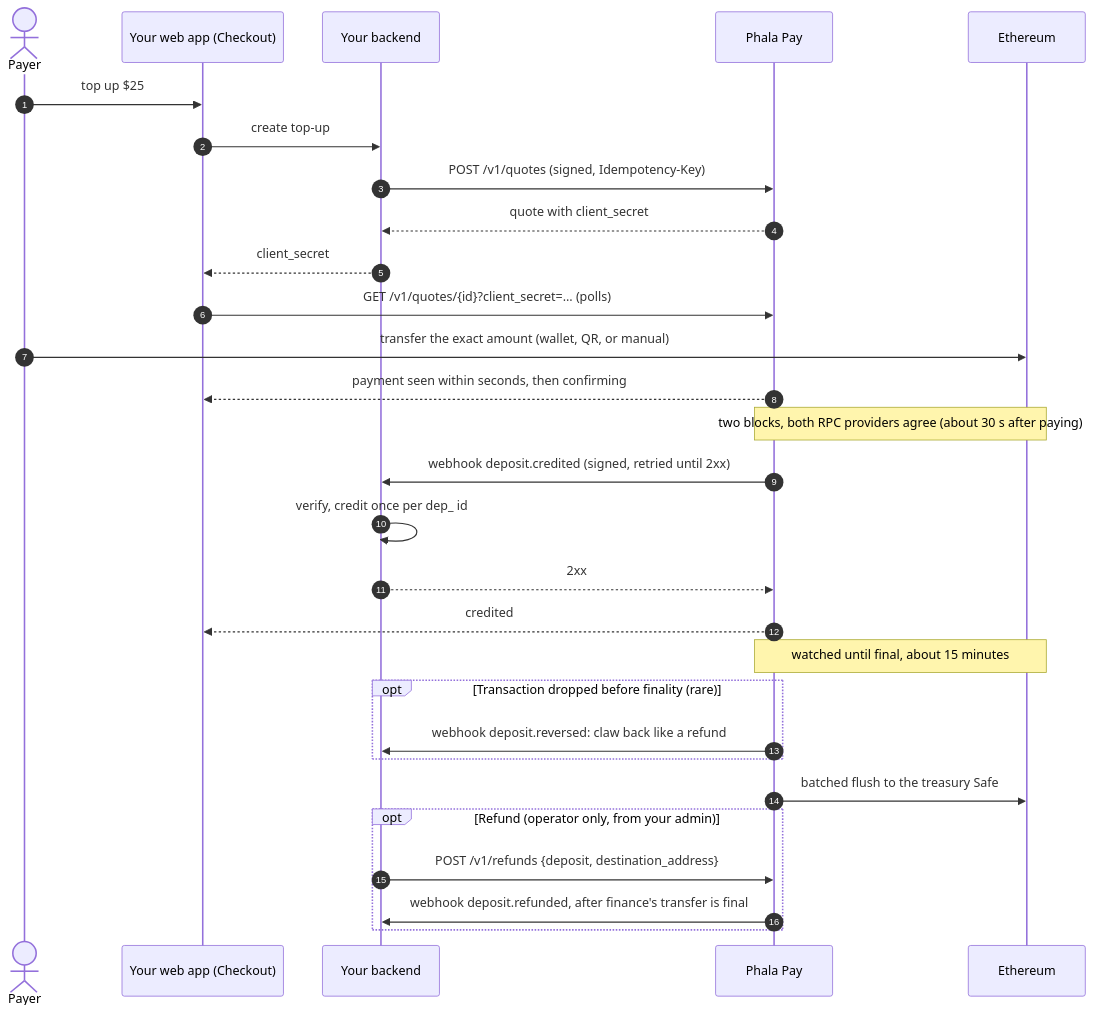
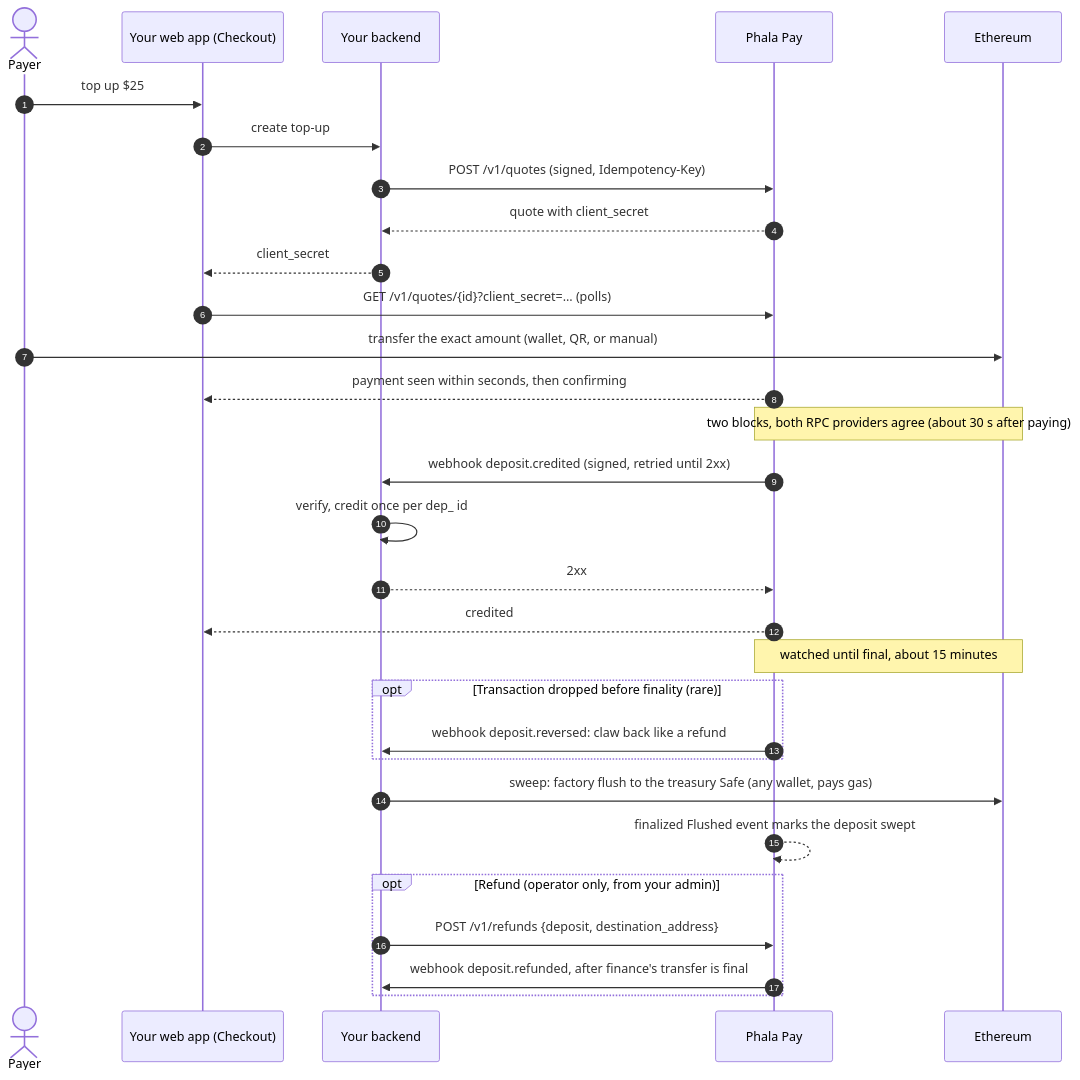
One commit to Phala-Network/crypto-topup-service changed the diagram in docs/integration.md. Above: the diagram before and after it, drawn with Mermaid. The commit also changed other lines of this file and 112 other files, not shown here.

````diff
--- a/docs/integration.md
+++ b/docs/integration.md
@@ -129,31 +129,32 @@
 ```mermaid
 sequenceDiagram
     autonumber
     actor Payer
     participant UI as Your web app (Checkout)
     participant BE as Your backend
     participant PP as Phala Pay
     participant ETH as Ethereum
     Payer->>UI: top up $25
     UI->>BE: create top-up
     BE->>PP: POST /v1/quotes (signed, Idempotency-Key)
     PP-->>BE: quote with client_secret
     BE-->>UI: client_secret
     UI->>PP: GET /v1/quotes/{id}?client_secret=… (polls)
     Payer->>ETH: transfer the exact amount (wallet, QR, or manual)
     PP-->>UI: payment seen within seconds, then confirming
     Note over PP,ETH: two blocks, both RPC providers agree (about 30 s after paying)
     PP->>BE: webhook deposit.credited (signed, retried until 2xx)
     BE->>BE: verify, credit once per dep_ id
     BE-->>PP: 2xx
     PP-->>UI: credited
     Note over PP,ETH: watched until final, about 15 minutes
     opt Transaction dropped before finality (rare)
         PP->>BE: webhook deposit.reversed: claw back like a refund
     end
-    PP->>ETH: batched flush to the treasury Safe
+    BE->>ETH: sweep: factory flush to the treasury Safe (any wallet, pays gas)
+    PP-->>PP: finalized Flushed event marks the deposit swept
     opt Refund (operator only, from your admin)
         BE->>PP: POST /v1/refunds {deposit, destination_address}
         PP->>BE: webhook deposit.refunded, after finance's transfer is final
     end
 ```
````
